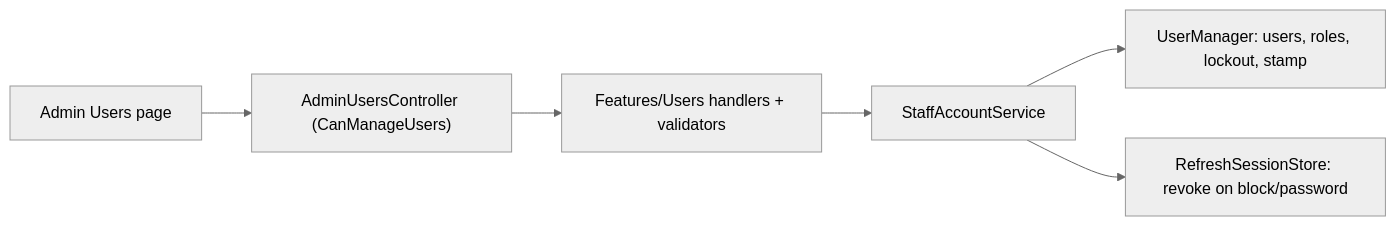
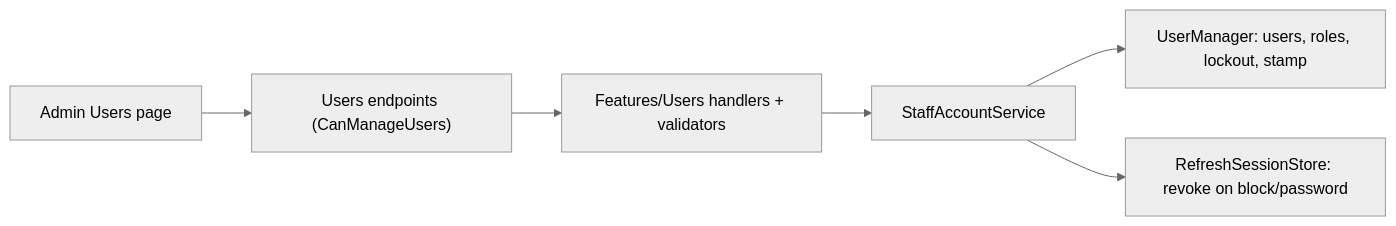
The diagram in docs/sdd/features/identity/staff-accounts.md (Weretik/KedrStore), drawn with Mermaid (neutral theme) before and after one commit. The commit also changed other lines of this file and 84 other files, not shown here.

````diff
--- a/docs/sdd/features/identity/staff-accounts.md
+++ b/docs/sdd/features/identity/staff-accounts.md
@@ -33,8 +34,8 @@
 ```mermaid
 flowchart LR
-    A["Admin Users page"] --> C["AdminUsersController (CanManageUsers)"]
+    A["Admin Users page"] --> C["Users endpoints (CanManageUsers)"]
     C --> H["Features/Users handlers + validators"]
     H --> S["StaffAccountService"]
     S --> UM["UserManager: users, roles, lockout, stamp"]
     S --> RS["RefreshSessionStore: revoke on block/password"]
 ```
````
